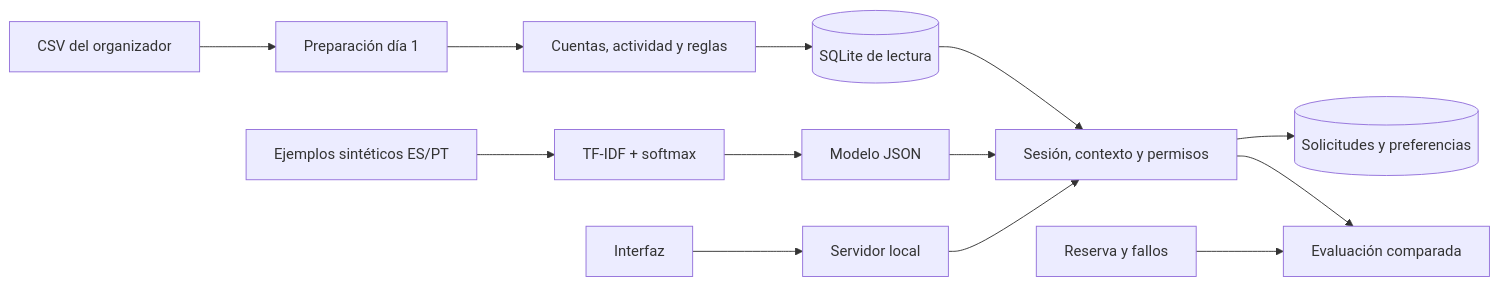
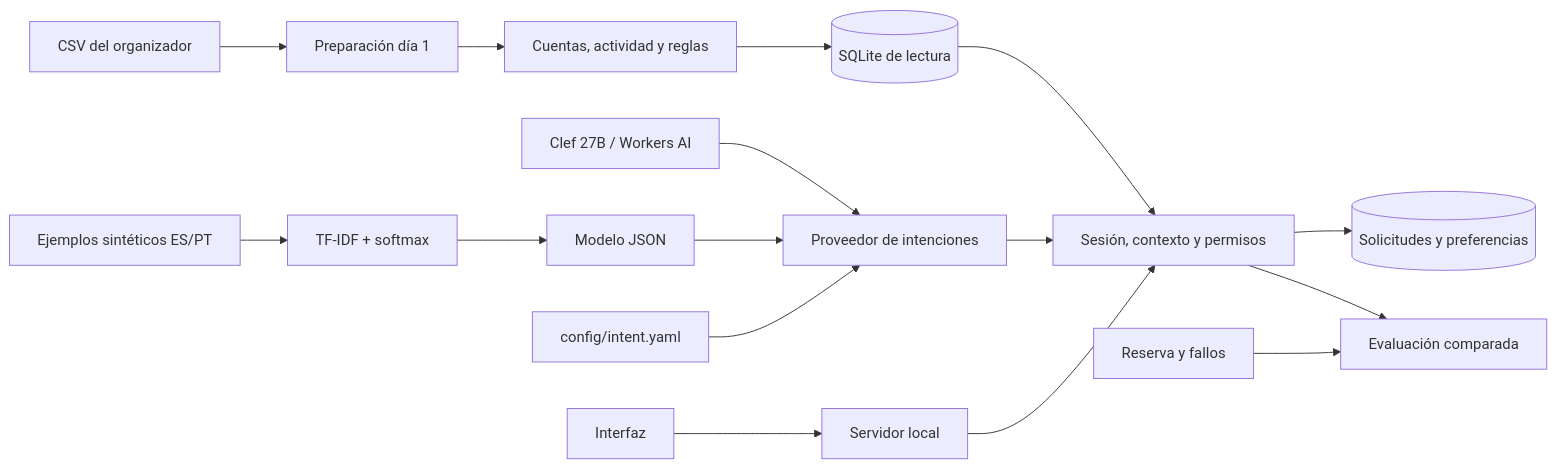
Before and after one commit to dpintog/fact_hackaton_costumer_service: the diagram in README.md, drawn with Mermaid. The commit also changed other lines of this file and 10 other files, not shown here.

First line of the commit message:
Add Clef integration and enhance intent classification configuration

````diff
--- a/README.md
+++ b/README.md
@@ -62,15 +83,18 @@
 ```mermaid
 flowchart LR
   CSV[CSV del organizador] --> D1[Preparación día 1]
   D1 --> D2[Cuentas, actividad y reglas]
   D2 --> DATA[(SQLite de lectura)]
   EX[Ejemplos sintéticos ES/PT] --> TRAIN[TF-IDF + softmax]
   TRAIN --> MODEL[Modelo JSON]
+  YAML[config/intent.yaml] --> ROUTER[Proveedor de intenciones]
+  MODEL --> ROUTER
+  CLEF[Clef 27B / Workers AI] --> ROUTER
   UI[Interfaz] --> HTTP[Servidor local]
   HTTP --> SERVICE[Sesión, contexto y permisos]
-  MODEL --> SERVICE
+  ROUTER --> SERVICE
   DATA --> SERVICE
   SERVICE --> STATE[(Solicitudes y preferencias)]
   CASES[Reserva y fallos] --> EVAL[Evaluación comparada]
   SERVICE --> EVAL
 ```
````
